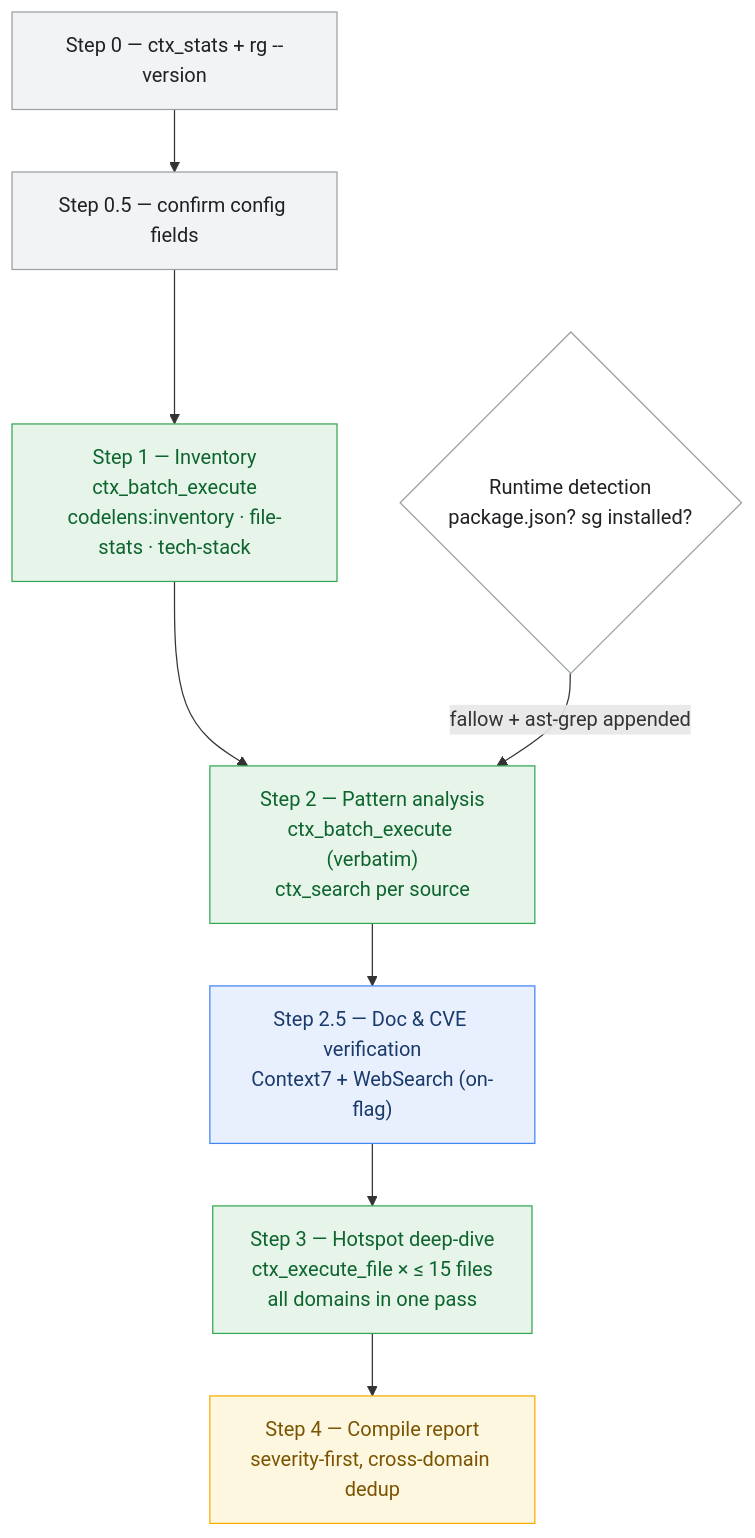
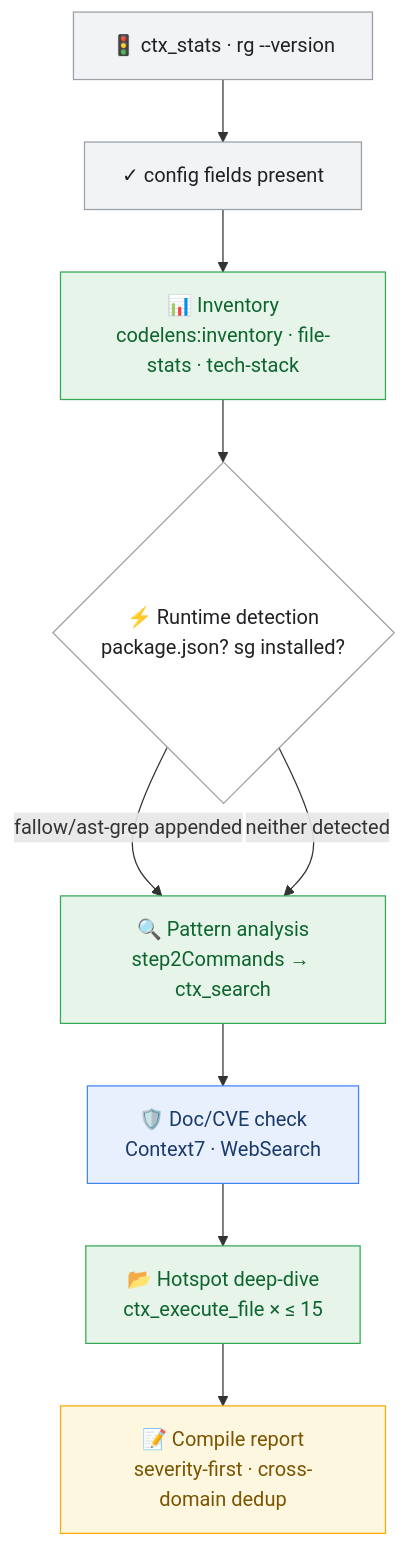
The second of 2 diagrams in docs/pipeline-diagram.md (nurmdrafi/codelens), drawn with Mermaid before and after one commit. The commit also changed other lines of this file, not shown here.

Commit message:
docs(pipeline-diagram): polish — fix D-node wiring, entity escape, caption accuracy, bridge sentence
- Wire decision node D into main flow (S1 → D → S2, both branches converge) instead of leaving it dangling
- Replace &amp; entity with / ("Doc/CVE check") to sidestep GitHub rendering ambiguity
- Fix System Overview caption: scan.log lives in .codelens/, not at repo root
- Add bridge sentence between diagrams naming the 7 numbered steps + decision diamond
- Tighten invariant 3: "all four arrays positionally linked by index"

````diff
--- a/docs/pipeline-diagram.md
+++ b/docs/pipeline-diagram.md
@@ -62,26 +62,26 @@
 ```mermaid
 flowchart TD
     classDef gate fill:#f1f3f4,stroke:#9aa0a6,color:#202124
     classDef analysis fill:#e6f4ea,stroke:#34a853,color:#0d652d
     classDef verify fill:#e8f0fe,stroke:#4285f4,color:#1a3a6b
     classDef output fill:#fef7e0,stroke:#f9ab00,color:#7a5400
     classDef decision fill:#fff,stroke:#9aa0a6,color:#202124
 
-    G0["Step 0 — ctx_stats + rg --version"]:::gate
-    G0h["Step 0.5 — confirm config fields"]:::gate
-    S1["Step 1 — Inventory<br/>ctx_batch_execute<br/>codelens:inventory · file-stats · tech-stack"]:::analysis
-    S2["Step 2 — Pattern analysis<br/>ctx_batch_execute (verbatim)<br/>ctx_search per source"]:::analysis
-    S25["Step 2.5 — Doc & CVE verification<br/>Context7 + WebSearch (on-flag)"]:::verify
-    S3["Step 3 — Hotspot deep-dive<br/>ctx_execute_file × ≤ 15 files<br/>all domains in one pass"]:::analysis
-    S4["Step 4 — Compile report<br/>severity-first, cross-domain dedup"]:::output
+    G0["🚦 ctx_stats · rg --version"]:::gate
+    G0h["✓ config fields present"]:::gate
+    S1["📊 Inventory<br/>codelens:inventory · file-stats · tech-stack"]:::analysis
+    D{"⚡ Runtime detection<br/>package.json? sg installed?"}:::decision
+    S2["🔍 Pattern analysis<br/>step2Commands → ctx_search"]:::analysis
+    S25["🛡️ Doc/CVE check<br/>Context7 · WebSearch"]:::verify
+    S3["📂 Hotspot deep-dive<br/>ctx_execute_file × ≤ 15"]:::analysis
+    S4["📝 Compile report<br/>severity-first · cross-domain dedup"]:::output
 
     G0 --> G0h
     G0h --> S1
-    S1 --> S2
+    S1 --> D
+    D -->|fallow/ast-grep appended| S2
+    D -->|neither detected| S2
     S2 --> S25
     S25 --> S3
     S3 --> S4
-
-    D{"Runtime detection<br/>package.json? sg installed?"}:::decision
-    D -->|fallow + ast-grep appended| S2
 ```
````
